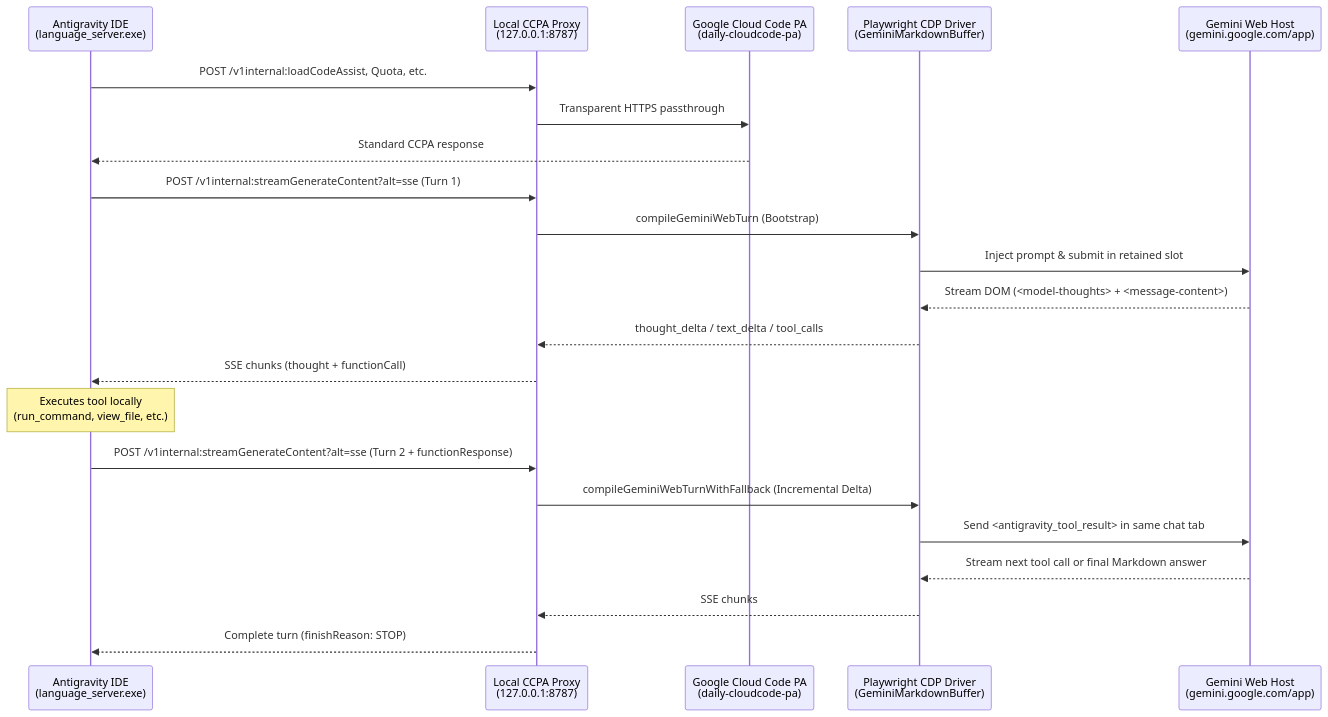
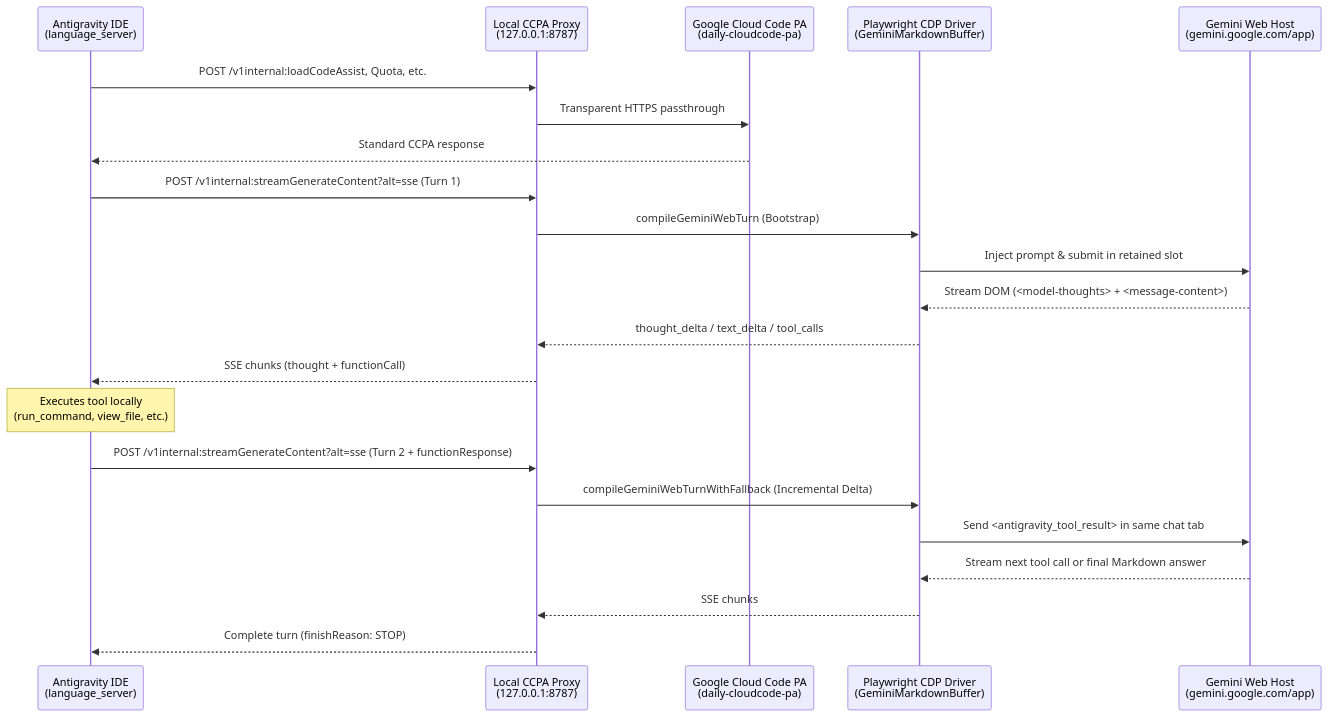
The diagram in README.md (Rami9112/antigravity-gemini-web), drawn with Mermaid before and after one commit. The commit also changed other lines of this file and 1 other file, not shown here.

````diff
--- a/README.md
+++ b/README.md
@@ -42,28 +55,28 @@
 ```mermaid
 sequenceDiagram
-    participant AGY as Antigravity IDE<br/>(language_server.exe)
+    participant AGY as Antigravity IDE<br/>(language_server)
     participant Proxy as Local CCPA Proxy<br/>(127.0.0.1:8787)
     participant Upstream as Google Cloud Code PA<br/>(daily-cloudcode-pa)
     participant Driver as Playwright CDP Driver<br/>(GeminiMarkdownBuffer)
     participant Web as Gemini Web Host<br/>(gemini.google.com/app)
 
     AGY->>Proxy: POST /v1internal:loadCodeAssist, Quota, etc.
     Proxy->>Upstream: Transparent HTTPS passthrough
     Upstream-->>AGY: Standard CCPA response
 
     AGY->>Proxy: POST /v1internal:streamGenerateContent?alt=sse (Turn 1)
     Proxy->>Driver: compileGeminiWebTurn (Bootstrap)
     Driver->>Web: Inject prompt & submit in retained slot
     Web-->>Driver: Stream DOM (<model-thoughts> + <message-content>)
     Driver-->>Proxy: thought_delta / text_delta / tool_calls
     Proxy-->>AGY: SSE chunks (thought + functionCall)
 
     Note over AGY: Executes tool locally<br/>(run_command, view_file, etc.)
 
     AGY->>Proxy: POST /v1internal:streamGenerateContent?alt=sse (Turn 2 + functionResponse)
     Proxy->>Driver: compileGeminiWebTurnWithFallback (Incremental Delta)
     Driver->>Web: Send <antigravity_tool_result> in same chat tab
     Web-->>Driver: Stream next tool call or final Markdown answer
     Driver-->>Proxy: SSE chunks
     Proxy-->>AGY: Complete turn (finishReason: STOP)
 ```
````
